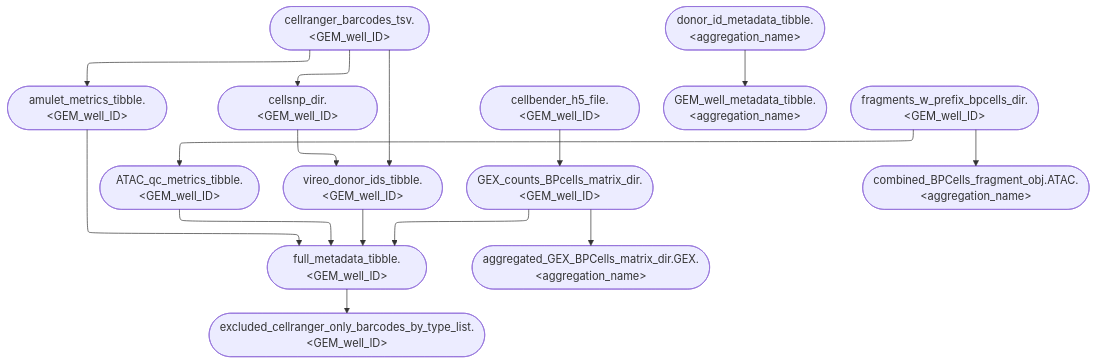
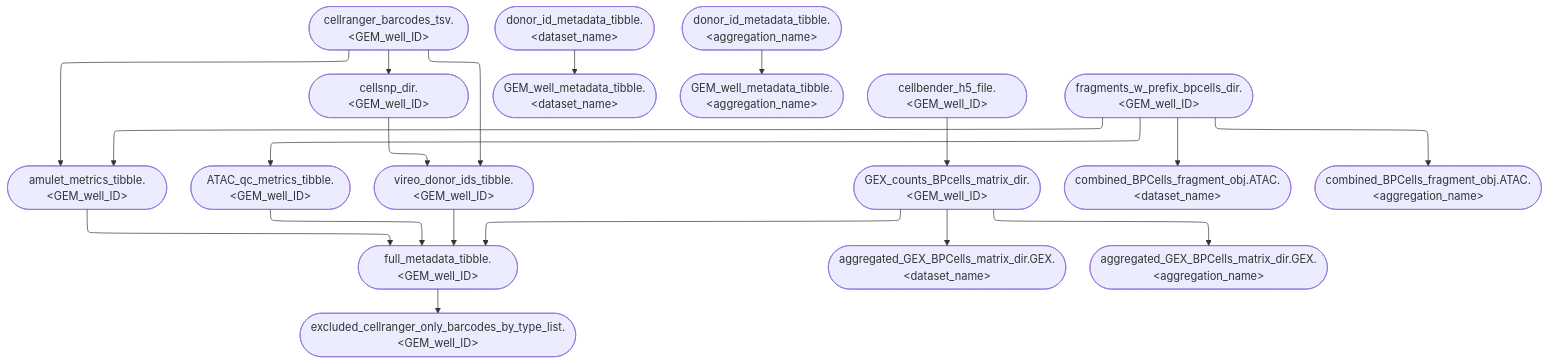
The diagram in website/figures/human_curated/parallel_v2.mmd (koefoeden/multiomeR), drawn with Mermaid before and after one commit. The commit also changed 32 other files, not shown here.

```diff
--- a/website/figures/human_curated/parallel_v2.mmd
+++ b/website/figures/human_curated/parallel_v2.mmd
@@ -1,16 +1,20 @@
 %%{init: {'flowchart': {'defaultRenderer': 'elk'}}}%%
 flowchart TB
-  cellranger_barcodes_tsv.embryonic_brain_mouse(["cellranger_barcodes_tsv.&lt;GEM_well_ID&gt;"]):::none --> amulet_metrics_tibble.embryonic_brain_mouse(["amulet_metrics_tibble.&lt;GEM_well_ID&gt;"]):::none
-  cellranger_barcodes_tsv.embryonic_brain_mouse(["cellranger_barcodes_tsv.&lt;GEM_well_ID&gt;"]):::none --> cellsnp_dir.embryonic_brain_mouse(["cellsnp_dir.&lt;GEM_well_ID&gt;"]):::none
-  full_metadata_tibble.embryonic_brain_mouse(["full_metadata_tibble.&lt;GEM_well_ID&gt;"]):::none --> excluded_cellranger_only_barcodes_by_type_list.embryonic_brain_mouse(["excluded_cellranger_only_barcodes_by_type_list.&lt;GEM_well_ID&gt;"]):::none
-  amulet_metrics_tibble.embryonic_brain_mouse(["amulet_metrics_tibble.&lt;GEM_well_ID&gt;"]):::none --> full_metadata_tibble.embryonic_brain_mouse(["full_metadata_tibble.&lt;GEM_well_ID&gt;"]):::none
-  ATAC_qc_metrics_tibble.embryonic_brain_mouse(["ATAC_qc_metrics_tibble.&lt;GEM_well_ID&gt;"]):::none --> full_metadata_tibble.embryonic_brain_mouse(["full_metadata_tibble.&lt;GEM_well_ID&gt;"]):::none
-  vireo_donor_ids_tibble.embryonic_brain_mouse(["vireo_donor_ids_tibble.&lt;GEM_well_ID&gt;"]):::none --> full_metadata_tibble.embryonic_brain_mouse(["full_metadata_tibble.&lt;GEM_well_ID&gt;"]):::none
-  cellbender_h5_file.embryonic_brain_mouse(["cellbender_h5_file.&lt;GEM_well_ID&gt;"]):::none --> GEX_counts_BPcells_matrix_dir.embryonic_brain_mouse(["GEX_counts_BPcells_matrix_dir.&lt;GEM_well_ID&gt;"]):::none
-  donor_id_metadata_tibble.brain_mouse(["donor_id_metadata_tibble.&lt;aggregation_name&gt;"]):::none --> GEM_well_metadata_tibble.brain_mouse(["GEM_well_metadata_tibble.&lt;aggregation_name&gt;"]):::none
-  cellranger_barcodes_tsv.embryonic_brain_mouse(["cellranger_barcodes_tsv.&lt;GEM_well_ID&gt;"]):::none --> vireo_donor_ids_tibble.embryonic_brain_mouse(["vireo_donor_ids_tibble.&lt;GEM_well_ID&gt;"]):::none
-  cellsnp_dir.embryonic_brain_mouse(["cellsnp_dir.&lt;GEM_well_ID&gt;"]):::none --> vireo_donor_ids_tibble.embryonic_brain_mouse(["vireo_donor_ids_tibble.&lt;GEM_well_ID&gt;"]):::none
-  fragments_w_prefix_bpcells_dir.embryonic_brain_mouse(["fragments_w_prefix_bpcells_dir.&lt;GEM_well_ID&gt;"]):::none --> ATAC_qc_metrics_tibble.embryonic_brain_mouse(["ATAC_qc_metrics_tibble.&lt;GEM_well_ID&gt;"]):::none
-  fragments_w_prefix_bpcells_dir.embryonic_brain_mouse(["fragments_w_prefix_bpcells_dir.&lt;GEM_well_ID&gt;"]):::none --> combined_BPCells_fragment_obj.ATAC.brain_mouse(["combined_BPCells_fragment_obj.ATAC.&lt;aggregation_name&gt;"]):::none
-  GEX_counts_BPcells_matrix_dir.embryonic_brain_mouse(["GEX_counts_BPcells_matrix_dir.&lt;GEM_well_ID&gt;"]):::none --> full_metadata_tibble.embryonic_brain_mouse(["full_metadata_tibble.&lt;GEM_well_ID&gt;"]):::none
-  GEX_counts_BPcells_matrix_dir.embryonic_brain_mouse(["GEX_counts_BPcells_matrix_dir.&lt;GEM_well_ID&gt;"]):::none --> aggregated_GEX_BPCells_matrix_dir.GEX.brain_mouse(["aggregated_GEX_BPCells_matrix_dir.GEX.&lt;aggregation_name&gt;"]):::none
+  cellranger_barcodes_tsv.muscle_A1(["cellranger_barcodes_tsv.&lt;GEM_well_ID&gt;"]):::none --> amulet_metrics_tibble.muscle_A1(["amulet_metrics_tibble.&lt;GEM_well_ID&gt;"]):::none
+  cellranger_barcodes_tsv.muscle_A1(["cellranger_barcodes_tsv.&lt;GEM_well_ID&gt;"]):::none --> cellsnp_dir.muscle_A1(["cellsnp_dir.&lt;GEM_well_ID&gt;"]):::none
+  full_metadata_tibble.muscle_A1(["full_metadata_tibble.&lt;GEM_well_ID&gt;"]):::none --> excluded_cellranger_only_barcodes_by_type_list.muscle_A1(["excluded_cellranger_only_barcodes_by_type_list.&lt;GEM_well_ID&gt;"]):::none
+  ATAC_qc_metrics_tibble.muscle_A1(["ATAC_qc_metrics_tibble.&lt;GEM_well_ID&gt;"]):::none --> full_metadata_tibble.muscle_A1(["full_metadata_tibble.&lt;GEM_well_ID&gt;"]):::none
+  amulet_metrics_tibble.muscle_A1(["amulet_metrics_tibble.&lt;GEM_well_ID&gt;"]):::none --> full_metadata_tibble.muscle_A1(["full_metadata_tibble.&lt;GEM_well_ID&gt;"]):::none
+  vireo_donor_ids_tibble.muscle_A1(["vireo_donor_ids_tibble.&lt;GEM_well_ID&gt;"]):::none --> full_metadata_tibble.muscle_A1(["full_metadata_tibble.&lt;GEM_well_ID&gt;"]):::none
+  donor_id_metadata_tibble.muscle(["donor_id_metadata_tibble.&lt;dataset_name&gt;"]):::none --> GEM_well_metadata_tibble.muscle(["GEM_well_metadata_tibble.&lt;dataset_name&gt;"]):::none
+  donor_id_metadata_tibble.muscle_test(["donor_id_metadata_tibble.&lt;aggregation_name&gt;"]):::none --> GEM_well_metadata_tibble.muscle_test(["GEM_well_metadata_tibble.&lt;aggregation_name&gt;"]):::none
+  cellbender_h5_file.muscle_A1(["cellbender_h5_file.&lt;GEM_well_ID&gt;"]):::none --> GEX_counts_BPcells_matrix_dir.muscle_A1(["GEX_counts_BPcells_matrix_dir.&lt;GEM_well_ID&gt;"]):::none
+  cellranger_barcodes_tsv.muscle_A1(["cellranger_barcodes_tsv.&lt;GEM_well_ID&gt;"]):::none --> vireo_donor_ids_tibble.muscle_A1(["vireo_donor_ids_tibble.&lt;GEM_well_ID&gt;"]):::none
+  cellsnp_dir.muscle_A1(["cellsnp_dir.&lt;GEM_well_ID&gt;"]):::none --> vireo_donor_ids_tibble.muscle_A1(["vireo_donor_ids_tibble.&lt;GEM_well_ID&gt;"]):::none
+  fragments_w_prefix_bpcells_dir.muscle_A1(["fragments_w_prefix_bpcells_dir.&lt;GEM_well_ID&gt;"]):::none --> amulet_metrics_tibble.muscle_A1(["amulet_metrics_tibble.&lt;GEM_well_ID&gt;"]):::none
+  fragments_w_prefix_bpcells_dir.muscle_A1(["fragments_w_prefix_bpcells_dir.&lt;GEM_well_ID&gt;"]):::none --> ATAC_qc_metrics_tibble.muscle_A1(["ATAC_qc_metrics_tibble.&lt;GEM_well_ID&gt;"]):::none
+  fragments_w_prefix_bpcells_dir.muscle_A1(["fragments_w_prefix_bpcells_dir.&lt;GEM_well_ID&gt;"]):::none --> combined_BPCells_fragment_obj.ATAC.muscle(["combined_BPCells_fragment_obj.ATAC.&lt;dataset_name&gt;"]):::none
+  fragments_w_prefix_bpcells_dir.muscle_A1(["fragments_w_prefix_bpcells_dir.&lt;GEM_well_ID&gt;"]):::none --> combined_BPCells_fragment_obj.ATAC.muscle_test(["combined_BPCells_fragment_obj.ATAC.&lt;aggregation_name&gt;"]):::none
+  GEX_counts_BPcells_matrix_dir.muscle_A1(["GEX_counts_BPcells_matrix_dir.&lt;GEM_well_ID&gt;"]):::none --> full_metadata_tibble.muscle_A1(["full_metadata_tibble.&lt;GEM_well_ID&gt;"]):::none
+  GEX_counts_BPcells_matrix_dir.muscle_A1(["GEX_counts_BPcells_matrix_dir.&lt;GEM_well_ID&gt;"]):::none --> aggregated_GEX_BPCells_matrix_dir.GEX.muscle(["aggregated_GEX_BPCells_matrix_dir.GEX.&lt;dataset_name&gt;"]):::none
+  GEX_counts_BPcells_matrix_dir.muscle_A1(["GEX_counts_BPcells_matrix_dir.&lt;GEM_well_ID&gt;"]):::none --> aggregated_GEX_BPCells_matrix_dir.GEX.muscle_test(["aggregated_GEX_BPCells_matrix_dir.GEX.&lt;aggregation_name&gt;"]):::none
```
